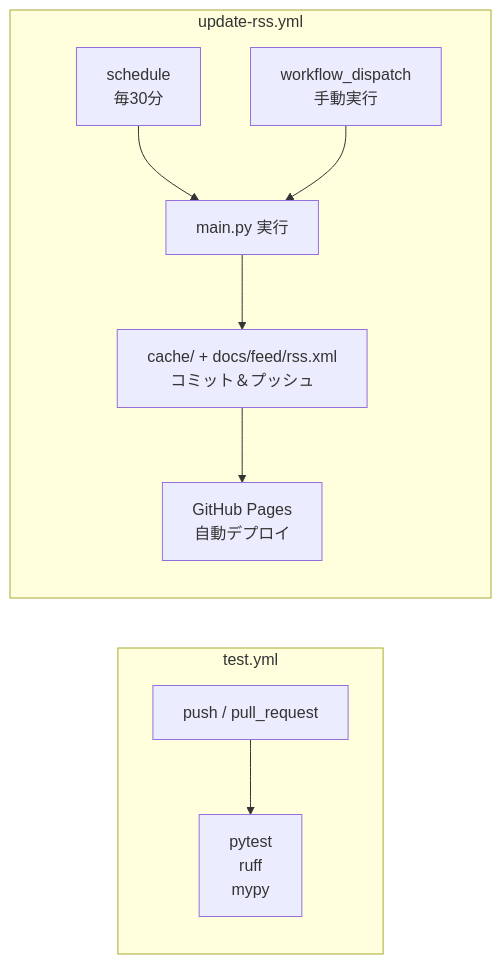
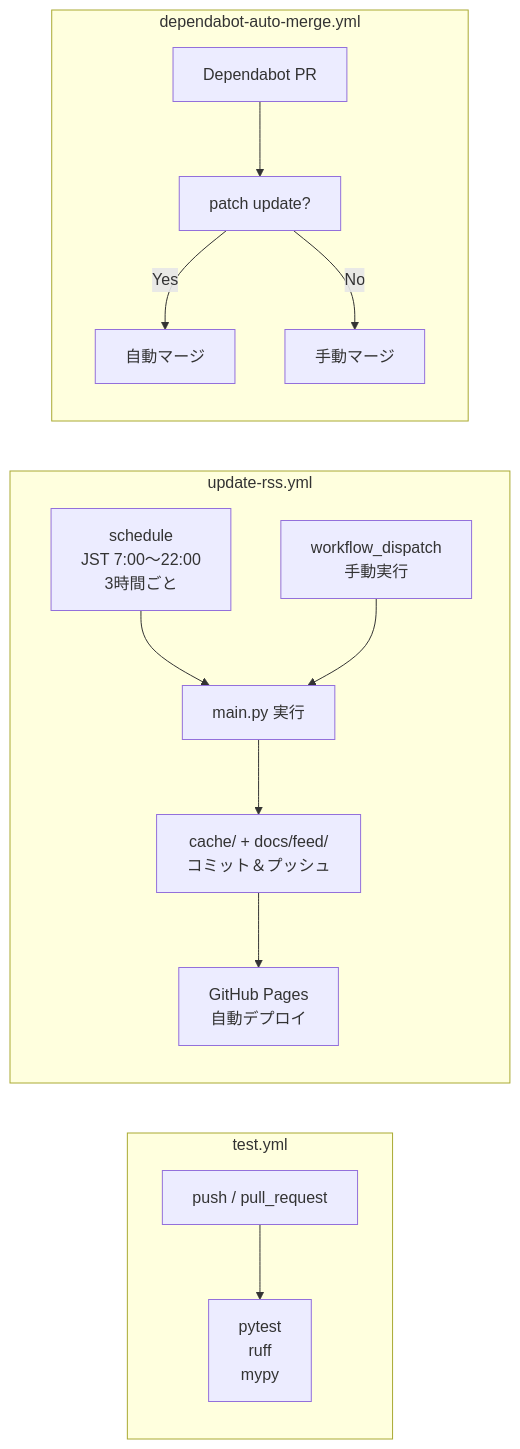
Before and after one commit to ryu1/rss-feed-translator: diagram 11 of 11 in docs/superpowers/specs/2026-06-29-rss-feed-translator-design.md, drawn with Mermaid. The commit also changed other lines of this file, not shown here.

````diff
--- a/docs/superpowers/specs/2026-06-29-rss-feed-translator-design.md
+++ b/docs/superpowers/specs/2026-06-29-rss-feed-translator-design.md
@@ -589,13 +590,19 @@
 ```mermaid
 graph LR
     subgraph "test.yml"
         PUSH["push / pull_request"] --> TEST["pytest\nruff\nmypy"]
     end
 
     subgraph "update-rss.yml"
-        CRON["schedule\n毎30分"] --> RUN["main.py 実行"]
+        CRON["schedule\nJST 7:00〜22:00\n3時間ごと"] --> RUN["main.py 実行"]
         DISPATCH["workflow_dispatch\n手動実行"] --> RUN
-        RUN --> COMMIT["cache/ + docs/feed/rss.xml\nコミット＆プッシュ"]
+        RUN --> COMMIT["cache/ + docs/feed/\nコミット＆プッシュ"]
         COMMIT --> PAGES["GitHub Pages\n自動デプロイ"]
     end
+
+    subgraph "dependabot-auto-merge.yml"
+        DEP["Dependabot PR"] --> CHECK["patch update?"]
+        CHECK -->|Yes| MERGE["自動マージ"]
+        CHECK -->|No| MANUAL["手動マージ"]
+    end
 ```
````
